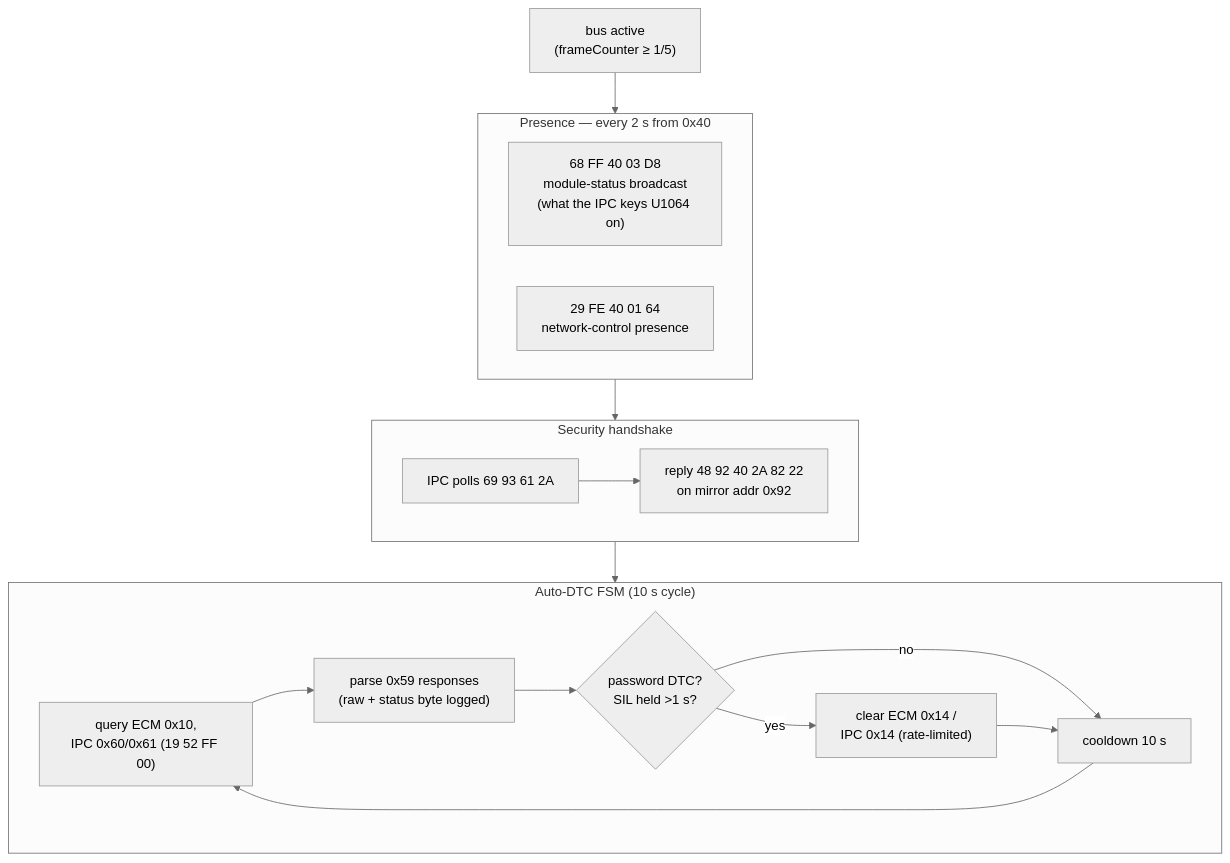
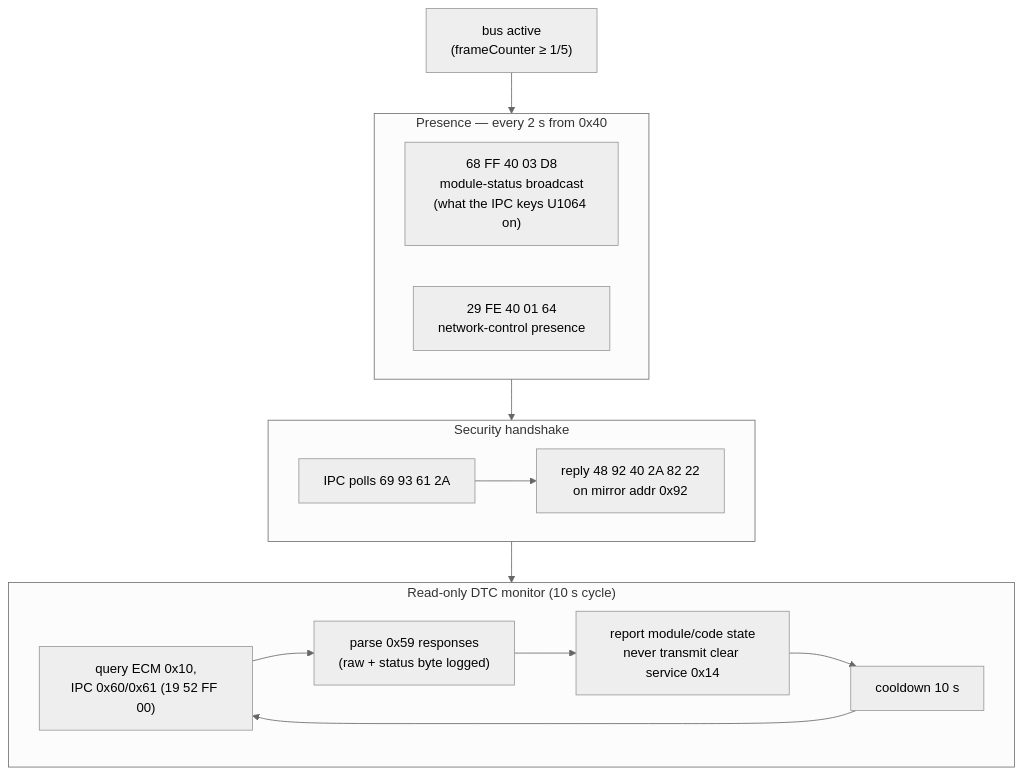
Before and after one commit to Pugnator/TSM32: the fourth of 5 diagrams in docs/J1850_bus.md, drawn with Mermaid (neutral theme). The commit also changed other lines of this file and 19 other files, not shown here.

````diff
--- a/docs/J1850_bus.md
+++ b/docs/J1850_bus.md
@@ -212,25 +212,23 @@
 ```mermaid
 flowchart TD
     START["bus active<br/>(frameCounter ≥ 1/5)"] --> PRES
 
     subgraph PRES["Presence — every 2 s from 0x40"]
       P1["68 FF 40 03 D8<br/>module‑status broadcast<br/>(what the IPC keys U1064 on)"]
       P2["29 FE 40 01 64<br/>network‑control presence"]
     end
 
     subgraph SEC["Security handshake"]
       Q["IPC polls 69 93 61 2A"] --> R["reply 48 92 40 2A 82 22<br/>on mirror addr 0x92"]
     end
 
-    subgraph DTC["Auto‑DTC FSM (10 s cycle)"]
+    subgraph DTC["Read-only DTC monitor (10 s cycle)"]
       D1["query ECM 0x10,<br/>IPC 0x60/0x61 (19 52 FF 00)"]
       D1 --> D2["parse 0x59 responses<br/>(raw + status byte logged)"]
-      D2 --> D3{"password DTC?<br/>SIL held >1 s?"}
-      D3 -->|yes| D4["clear ECM 0x14 /<br/>IPC 0x14 (rate‑limited)"]
-      D3 -->|no| D5["cooldown 10 s"]
-      D4 --> D5
-      D5 --> D1
+      D2 --> D3["report module/code state<br/>never transmit clear service 0x14"]
+      D3 --> D4["cooldown 10 s"]
+      D4 --> D1
     end
 
     PRES --> SEC --> DTC
 ```
````
